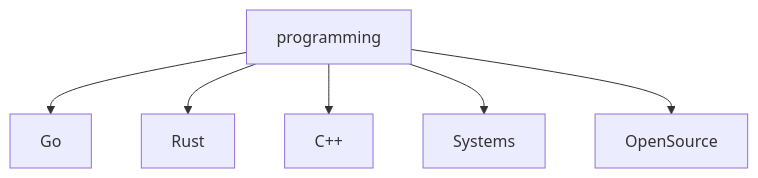
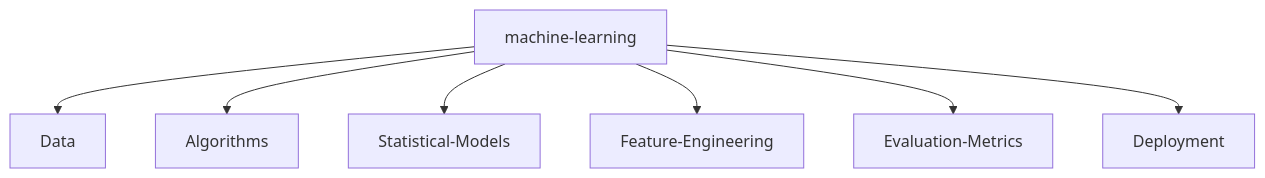
Before and after one commit to Meredithelin/Meredithelin: the diagram in README.md, drawn with Mermaid. The commit also changed other lines of this file, not shown here.

````diff
--- a/README.md
+++ b/README.md
@@ -58,8 +65,9 @@
 ```mermaid
 graph TD;
-    programming-->Go;
-    programming-->Rust;
-    programming-->Cpp["C++"];
-    programming-->Systems;
-    programming-->OpenSource;
+    machine-learning-->Data;
+    machine-learning-->Algorithms;
+    machine-learning-->Statistical-Models;
+    machine-learning-->Feature-Engineering;
+    machine-learning-->Evaluation-Metrics;
+    machine-learning-->Deployment;
 ```
````
